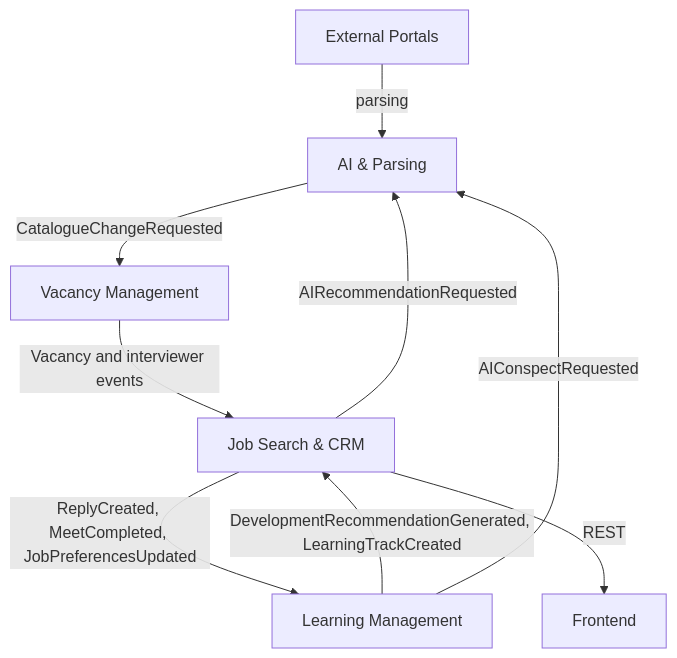
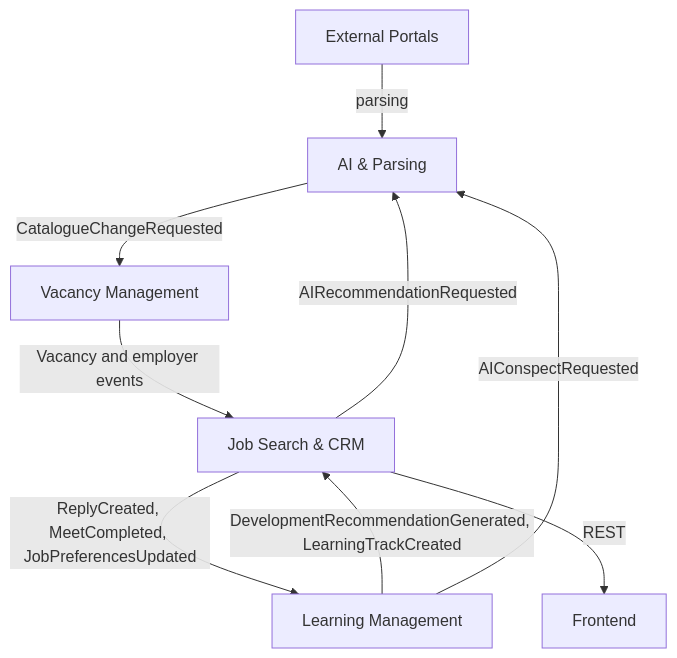
Before and after one commit to AIJobResearcher/docs: the diagram in docs/context-map.md, drawn with Mermaid. The commit also changed other lines of this file and 11 other files, not shown here.

Commit message:
interviewer as Employer child, Location entity, location ids in read API, VacancySource fields

````diff
--- a/docs/context-map.md
+++ b/docs/context-map.md
@@ -115,11 +115,11 @@
 ```mermaid
 graph TD
     EP[External Portals] -->|parsing| AI[AI & Parsing]
     AI -->|CatalogueChangeRequested| VM[Vacancy Management]
-    VM -->|Vacancy and interviewer events| CRM[Job Search & CRM]
+    VM -->|Vacancy and employer events| CRM[Job Search & CRM]
     CRM -->|ReplyCreated, MeetCompleted, JobPreferencesUpdated| LM[Learning Management]
     LM -->|DevelopmentRecommendationGenerated, LearningTrackCreated| CRM
     CRM -->|AIRecommendationRequested| AI
     LM -->|AIConspectRequested| AI
     CRM -->|REST| FE[Frontend]
 ```
````
